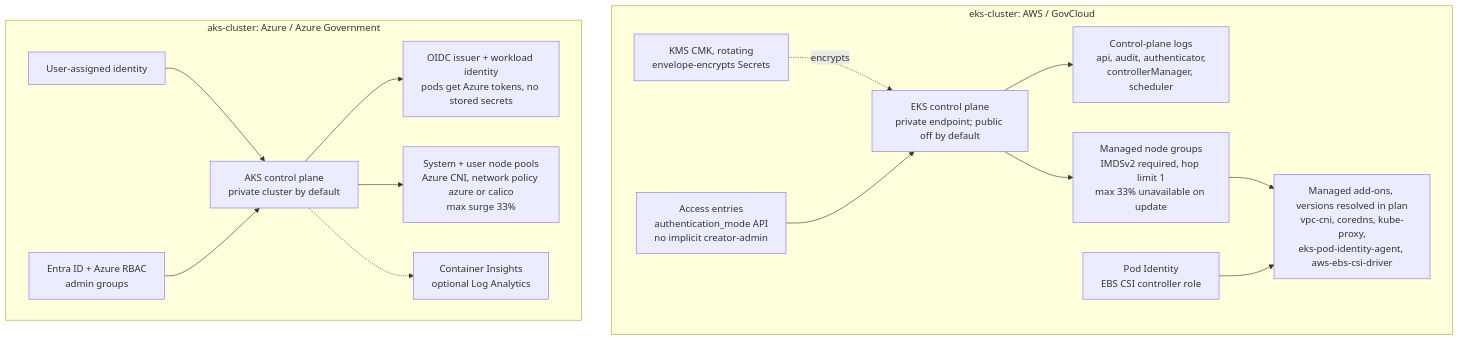
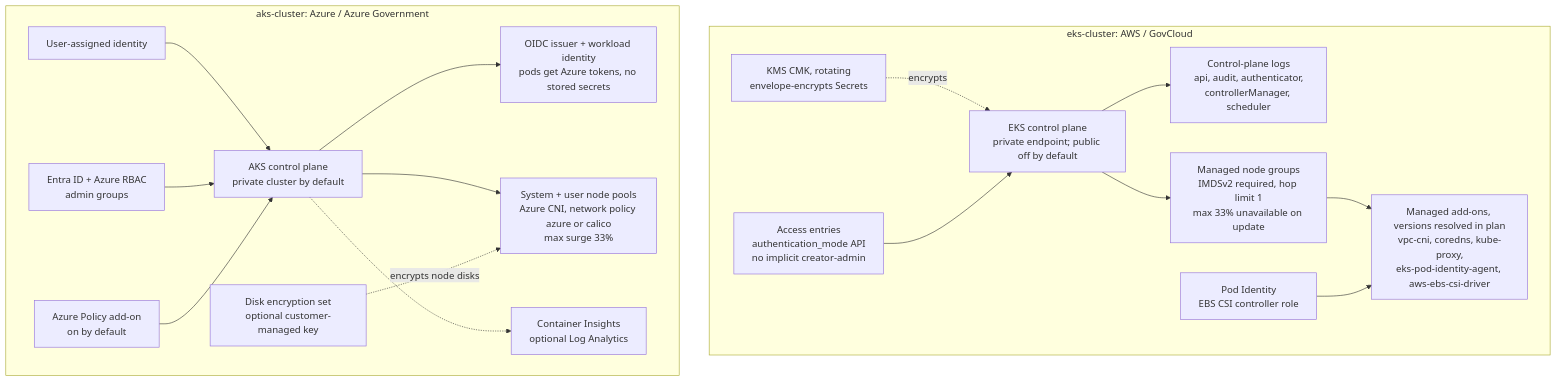
The diagram in README.md (Krustytoe/kubernetes-platform-modules), drawn with Mermaid before and after one commit. The commit also changed other lines of this file and 4 other files, not shown here.

First line of the commit message:
feat: add Azure Policy add-on and customer-managed-key disk encryption to aks-cluster (#17)

````diff
--- a/README.md
+++ b/README.md
@@ -16,32 +16,36 @@
 ```mermaid
 flowchart TB
   subgraph eks["eks-cluster: AWS / GovCloud"]
     eapi["EKS control plane<br/>private endpoint; public off by default"]
     ekms["KMS CMK, rotating<br/>envelope-encrypts Secrets"]
     elog["Control-plane logs<br/>api, audit, authenticator,<br/>controllerManager, scheduler"]
     eng["Managed node groups<br/>IMDSv2 required, hop limit 1<br/>max 33% unavailable on update"]
     eacc["Access entries<br/>authentication_mode API<br/>no implicit creator-admin"]
     eadd["Managed add-ons, versions resolved in plan<br/>vpc-cni, coredns, kube-proxy,<br/>eks-pod-identity-agent, aws-ebs-csi-driver"]
     epi["Pod Identity<br/>EBS CSI controller role"]
     ekms -. "encrypts" .-> eapi
     eacc --> eapi
     eapi --> elog
     eapi --> eng
     eng --> eadd
     epi --> eadd
   end
 
   subgraph aks["aks-cluster: Azure / Azure Government"]
     aapi["AKS control plane<br/>private cluster by default"]
     aid["User-assigned identity"]
     arbac["Entra ID + Azure RBAC<br/>admin groups"]
     awi["OIDC issuer + workload identity<br/>pods get Azure tokens, no stored secrets"]
     anp["System + user node pools<br/>Azure CNI, network policy azure or calico<br/>max surge 33%"]
     ala["Container Insights<br/>optional Log Analytics"]
+    apol["Azure Policy add-on<br/>on by default"]
+    ades["Disk encryption set<br/>optional customer-managed key"]
     aid --> aapi
     arbac --> aapi
     aapi --> awi
     aapi --> anp
     aapi -.-> ala
+    apol --> aapi
+    ades -. "encrypts node disks" .-> anp
   end
 ```
````
